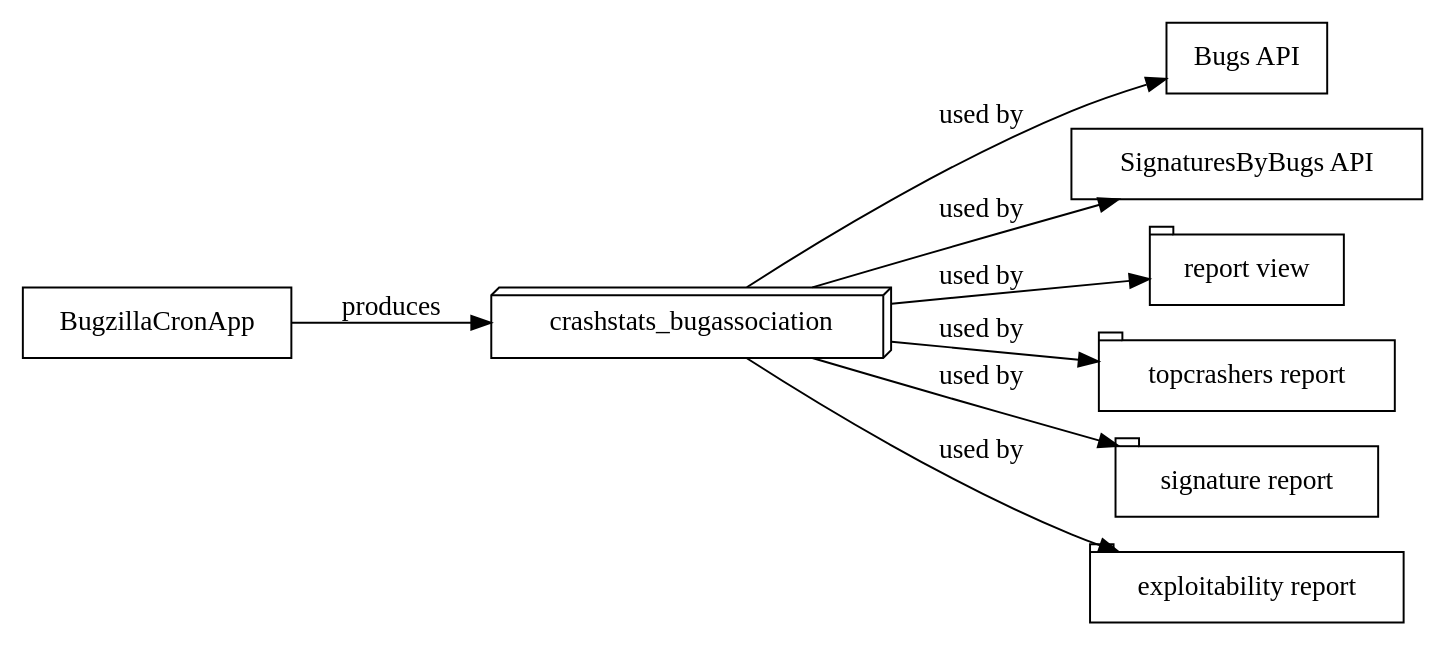
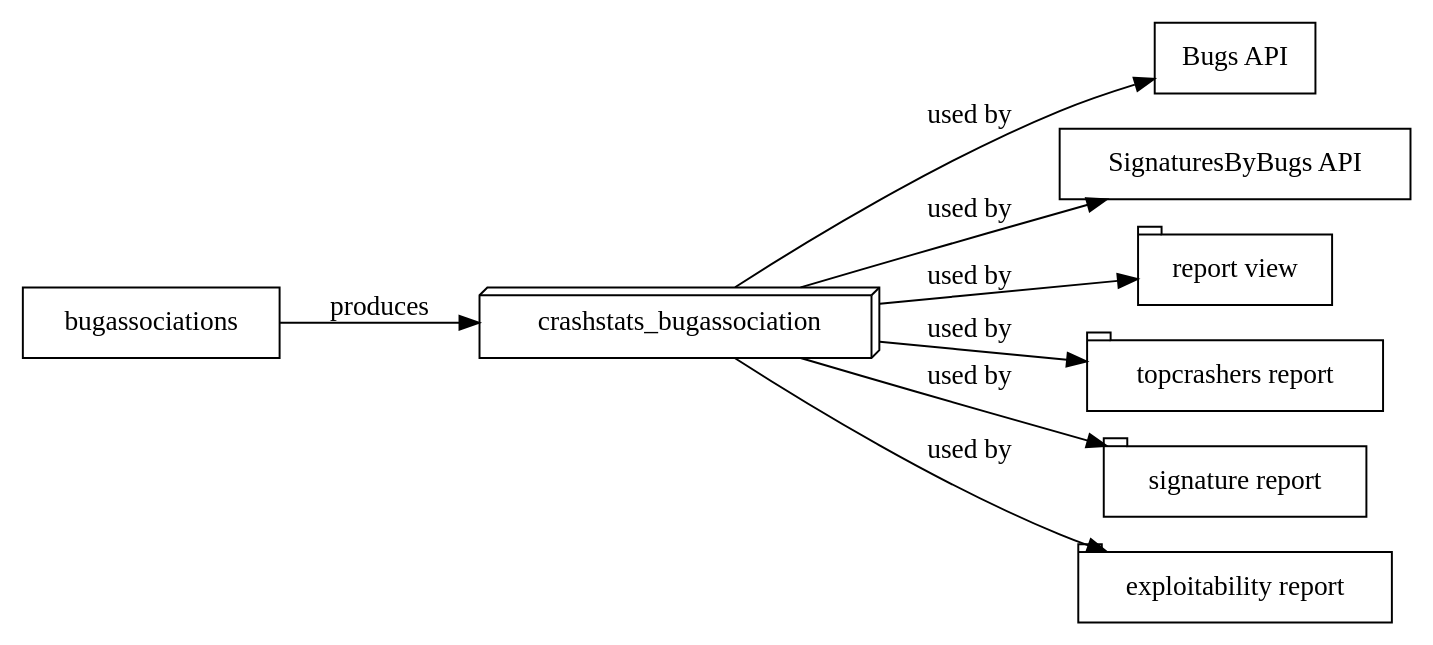
Before and after one commit to mozilla-services/socorro: the diagram in docs/flows/bugs.rst, drawn with Graphviz. The commit also changed other lines of this file and 32 other files, not shown here.

```diff
--- a/docs/flows/bugs.rst
+++ b/docs/flows/bugs.rst
@@ -11,27 +11,27 @@
 .. graphviz::
 
    digraph G {
      rankdir=LR;
      splines=lines;
 
      subgraph webapp {
        rank=same;
        bugsapi [shape=rect, label="Bugs API"];
        signaturesbybugsapi [shape=rect, label="SignaturesByBugs API"];
        reportview [shape=tab, label="report view"];
        topcrashersreport [shape=tab, label="topcrashers report"];
        signaturereport [shape=tab, label="signature report"];
        exploitabilityreport [shape=tab, label="exploitability report"];
      }
 
-     bugzilla [shape=rect, label="BugzillaCronApp"];
+     bugzilla [shape=rect, label="bugassociations"];
      model [shape=box3d, label="crashstats_bugassociation"];
 
      bugzilla -> model [label="produces"];
      model -> bugsapi [label="used by"];
      model -> signaturesbybugsapi [label="used by"];
      model -> reportview [label="used by"];
      model -> topcrashersreport [label="used by"];
      model -> signaturereport [label="used by"];
      model -> exploitabilityreport [label="used by"];
    }
```
